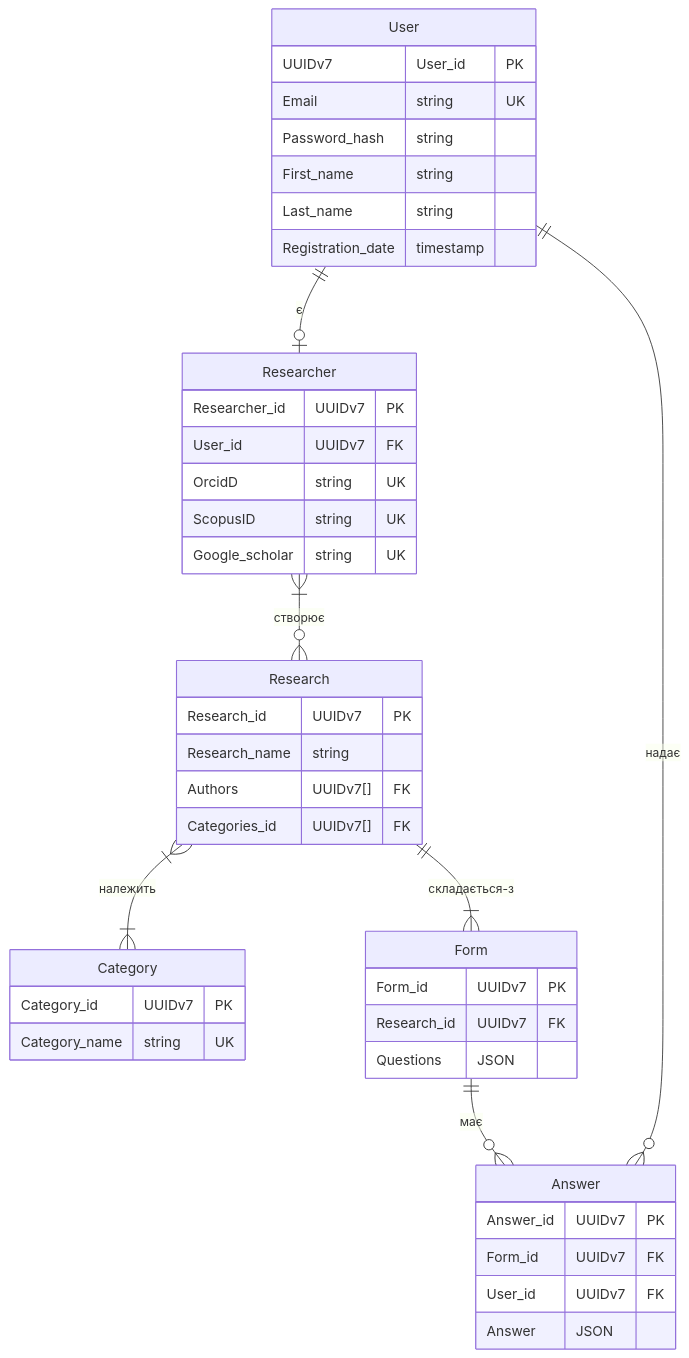
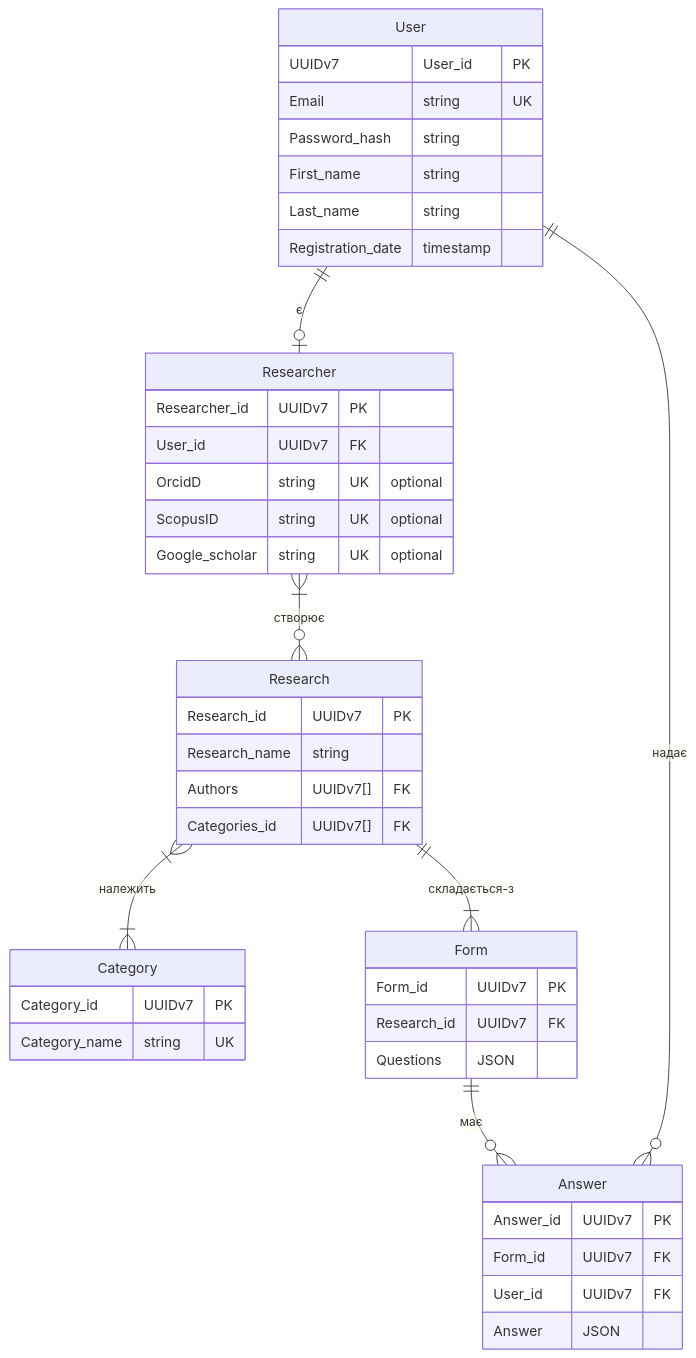
One commit to LenivyKrabik/KPI2 changed the diagram in Lab1/diagram/ERdiagram.mmd. Above: the diagram before and after it, drawn with Mermaid. The commit also changed 2 other files, not shown here.

Commit message:
Added optional to field that are optional

```diff
--- a/Lab1/diagram/ERdiagram.mmd
+++ b/Lab1/diagram/ERdiagram.mmd
@@ -1,44 +1,44 @@
 erDiagram
     User {
         UUIDv7 User_id PK
         Email string UK
         Password_hash string
         First_name string
         Last_name string
         Registration_date timestamp
     }
     Researcher {
         Researcher_id UUIDv7 PK
         User_id UUIDv7 FK
-        OrcidD string UK
-        ScopusID string UK
-        Google_scholar string UK
+        OrcidD string UK "optional"
+        ScopusID string UK "optional"
+        Google_scholar string UK "optional"
     }
     Research {
         Research_id UUIDv7 PK
         Research_name string
         Authors UUIDv7[] FK
         Categories_id UUIDv7[] FK
     }
     Category {
         Category_id UUIDv7 PK
         Category_name string UK
     }
     Form {
         Form_id UUIDv7 PK
         Research_id UUIDv7 FK
         Questions JSON
     }
     Answer {
         Answer_id UUIDv7 PK
         Form_id UUIDv7 FK
         User_id UUIDv7 FK
         Answer JSON
     }
 
     User ||--o| Researcher : є
     Researcher }|--o{ Research : cтворює
     Research }|--|{ Category : належить
     Research ||--|{ Form : складається-з
     Form ||--o{ Answer : має
     User ||--o{ Answer : надає
```
